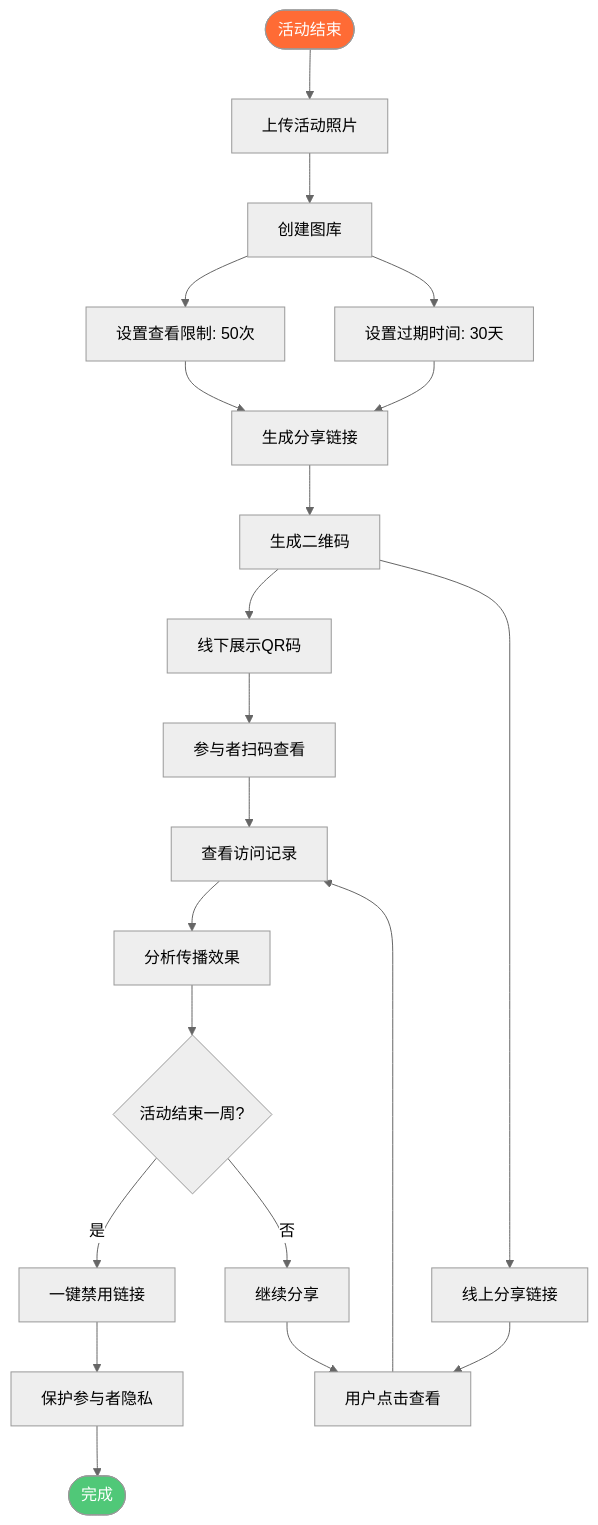
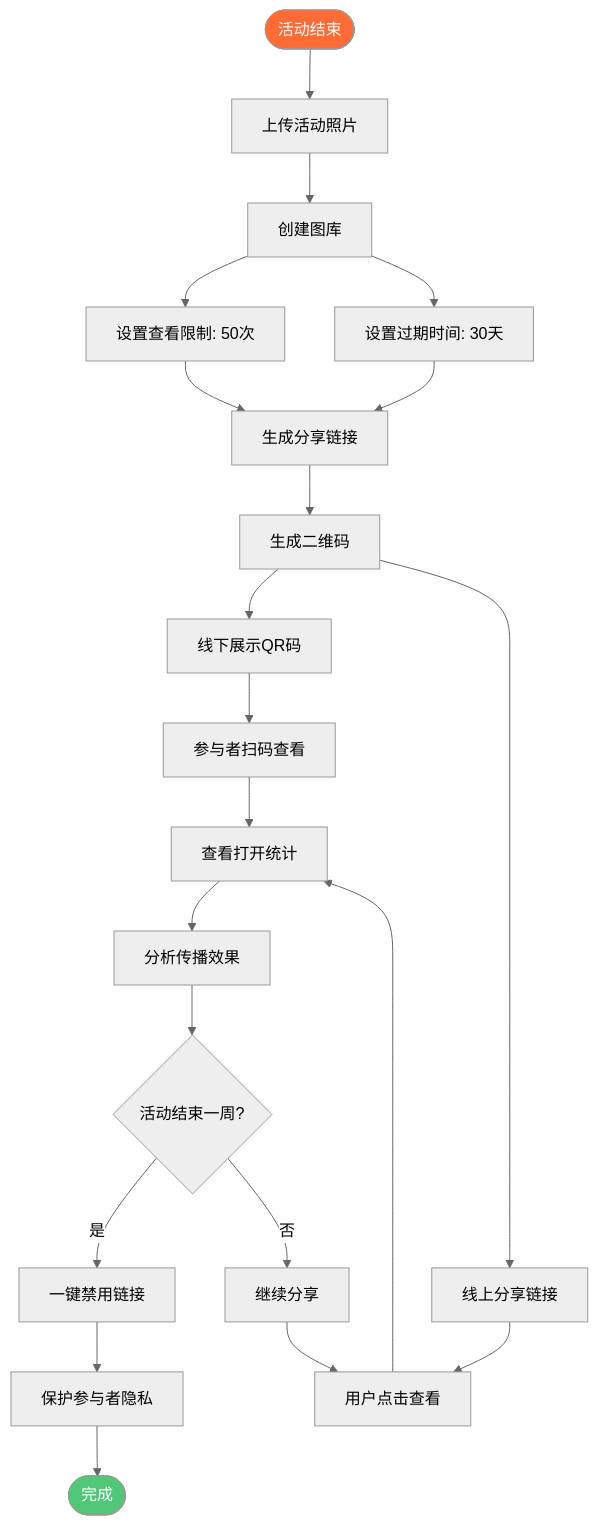
The ninth of 12 diagrams in src/content/blog/cn/image-sharing-introduction.md (mythenigma/cloudflareAstro), drawn with Mermaid (neutral theme) before and after one commit. The commit also changed other lines of this file and 353 other files, not shown here.

````diff
--- a/src/content/blog/cn/image-sharing-introduction.md
+++ b/src/content/blog/cn/image-sharing-introduction.md
@@ -282,26 +282,26 @@
 ```mermaid
 flowchart TD
     Start([活动结束]) --> A[上传活动照片]
     A --> B[创建图库]
     B --> C[设置查看限制: 50次]
     B --> D[设置过期时间: 30天]
     C --> E[生成分享链接]
     D --> E
     E --> F[生成二维码]
     F --> G[线下展示QR码]
     F --> H[线上分享链接]
     G --> I[参与者扫码查看]
     H --> J[用户点击查看]
-    I --> K[查看访问记录]
+    I --> K[查看打开统计]
     J --> K
     K --> L[分析传播效果]
     L --> M{活动结束一周?}
     M -->|是| N[一键禁用链接]
     M -->|否| O[继续分享]
     N --> P[保护参与者隐私]
     P --> End([完成])
     O --> J
     
     style Start fill:#FF6B35,color:#fff
     style End fill:#50C878,color:#fff
 ```
````
